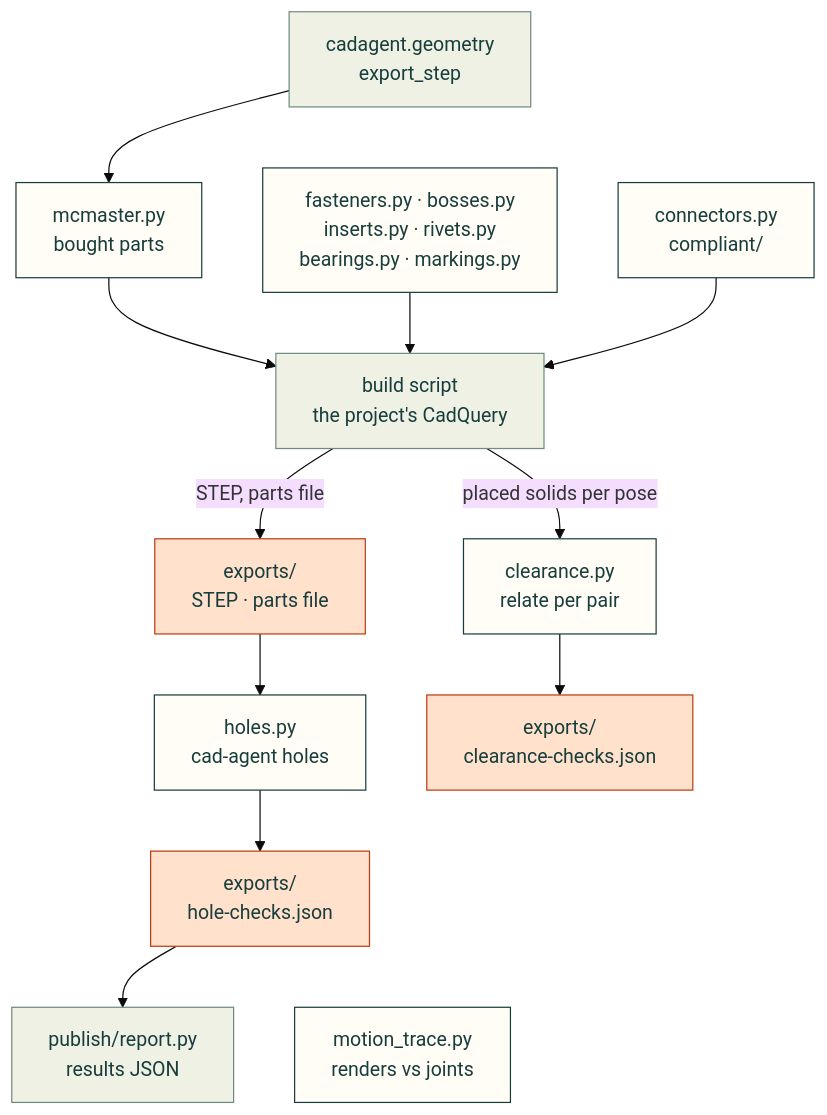
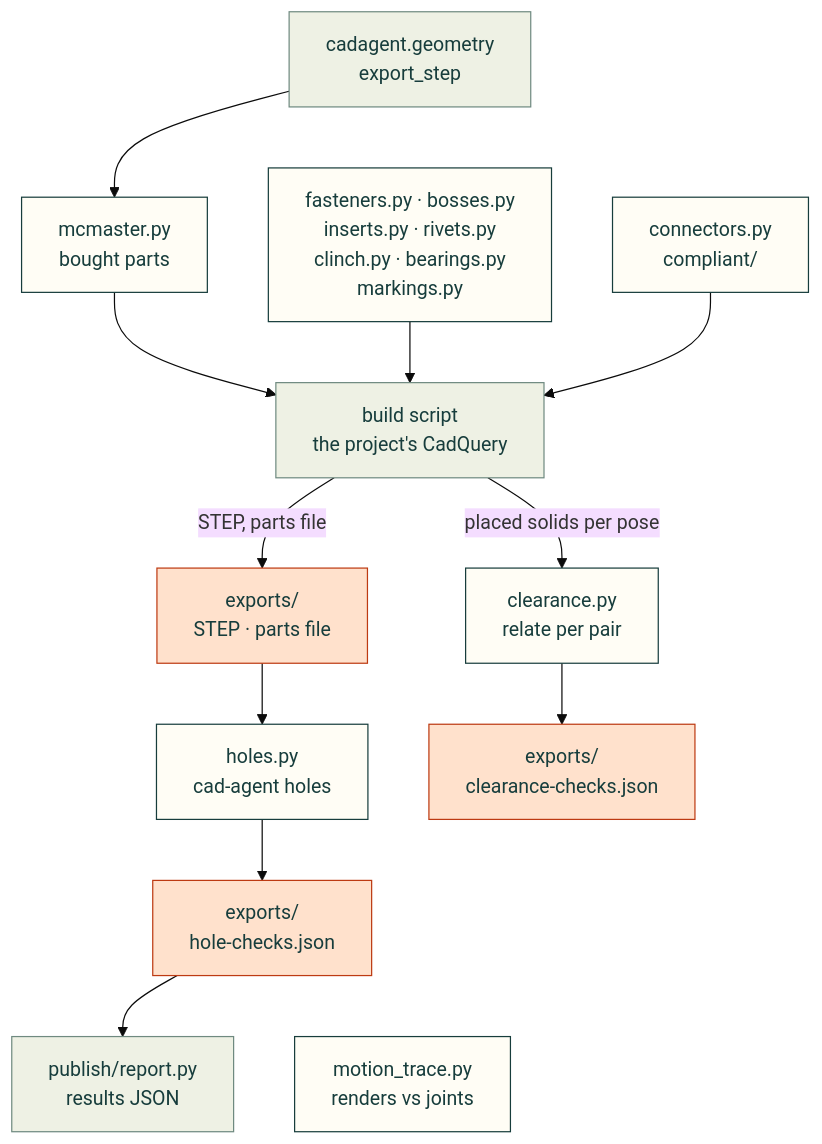
The diagram in src/cadagent/mechanical/README.md (Valpatel/cad-agent), drawn with Mermaid (base theme) before and after one commit. The commit also changed other lines of this file and 7 other files, not shown here.

````diff
--- a/src/cadagent/mechanical/README.md
+++ b/src/cadagent/mechanical/README.md
@@ -14,20 +14,20 @@
 ```mermaid
 flowchart TD
     G["cadagent.geometry<br/>export_step"] --> MC["mcmaster.py<br/>bought parts"]
-    G ~~~ FK["fasteners.py · bosses.py<br/>inserts.py · rivets.py<br/>bearings.py · markings.py"]
+    G ~~~ FK["fasteners.py · bosses.py<br/>inserts.py · rivets.py<br/>clinch.py · bearings.py<br/>markings.py"]
     G ~~~ CC["connectors.py<br/>compliant/"]
     MC & FK & CC --> B["build script<br/>the project's CadQuery"]
     B -->|"STEP, parts file"| X["exports/<br/>STEP · parts file"]
     X --> H["holes.py<br/>cad-agent holes"]
     H --> HJ["exports/<br/>hole-checks.json"]
     HJ --> R["publish/report.py<br/>results JSON"]
     HJ ~~~ MT["motion_trace.py<br/>renders vs joints"]
     B -->|"placed solids per pose"| CL["clearance.py<br/>relate per pair"]
     CL --> CJ["exports/<br/>clearance-checks.json"]
     classDef here fill:#fffdf5,stroke:#173d3c,color:#173d3c
     classDef near fill:#eef1e4,stroke:#6f8a80,color:#173d3c
     classDef out fill:#ffe1cc,stroke:#bd3a12,color:#173d3c
     class MC,FK,CC,H,MT,CL here
     class G,B,R near
     class X,HJ,CJ out
 ```
````
